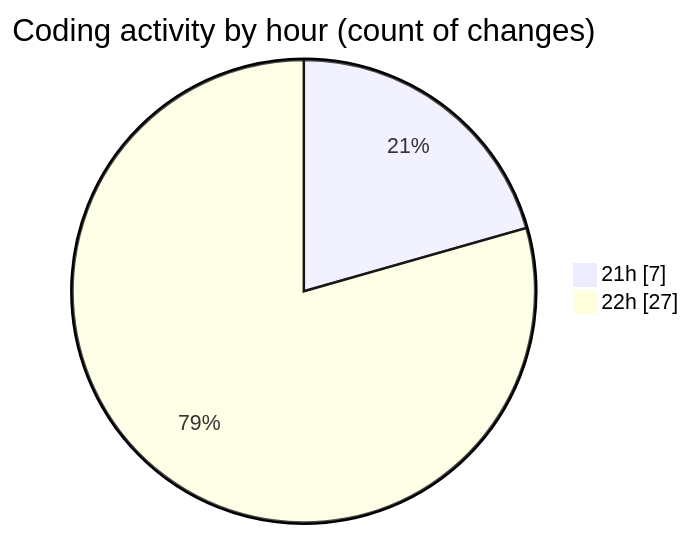
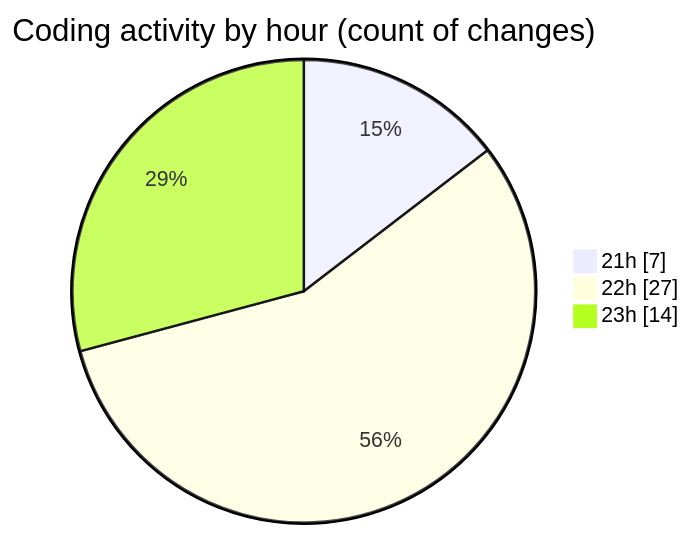
Before and after one commit to lephambinh05/code-tracking: the second of 2 diagrams in 2025-08-16/studybuddy/README.md, drawn with Mermaid. The commit also changed other lines of this file and 1 other file, not shown here.

````diff
--- a/2025-08-16/studybuddy/README.md
+++ b/2025-08-16/studybuddy/README.md
@@ -37,6 +42,7 @@
 ```mermaid
 pie showData
 title Coding activity by hour (count of changes)
 "21h" : 7
 "22h" : 27
+"23h" : 14
 ```
````
